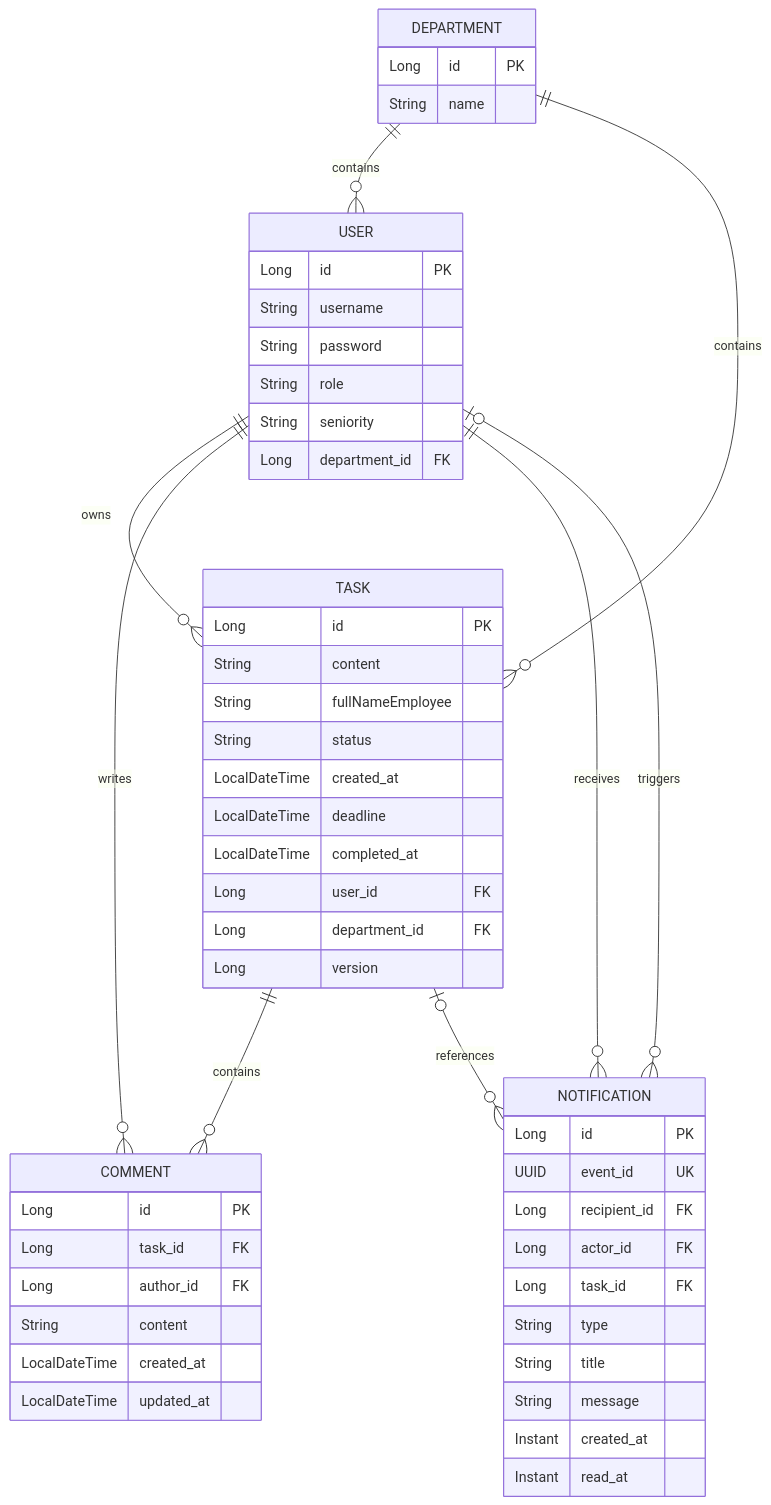
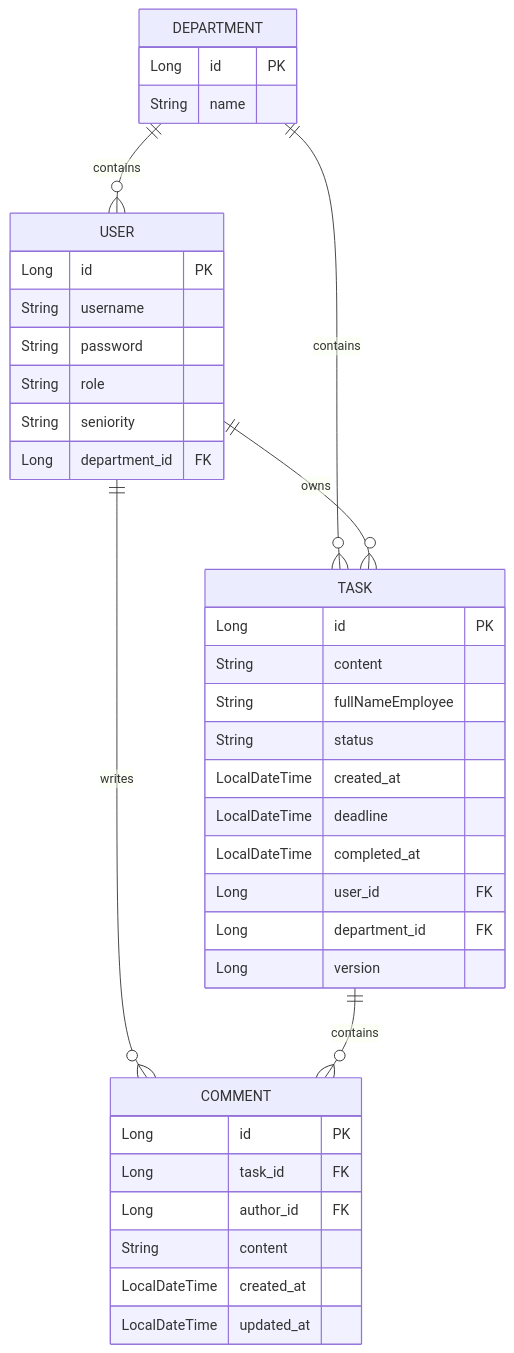
The diagram in README.md (GeTQuer/MySpringProject), drawn with Mermaid before and after one commit. The commit also changed other lines of this file and 39 other files, not shown here.

````diff
--- a/README.md
+++ b/README.md
@@ -86,60 +106,45 @@
 ```mermaid
 erDiagram
     DEPARTMENT ||--o{ USER : contains
     DEPARTMENT ||--o{ TASK : contains
     USER ||--o{ TASK : owns
     USER ||--o{ COMMENT : writes
     TASK ||--o{ COMMENT : contains
-    USER ||--o{ NOTIFICATION : receives
-    USER o|--o{ NOTIFICATION : triggers
-    TASK o|--o{ NOTIFICATION : references
 
     DEPARTMENT {
         Long id PK
         String name
     }
 
     USER {
         Long id PK
         String username
         String password
         String role
         String seniority
         Long department_id FK
     }
 
     TASK {
         Long id PK
         String content
         String fullNameEmployee
         String status
         LocalDateTime created_at
         LocalDateTime deadline
         LocalDateTime completed_at
         Long user_id FK
         Long department_id FK
         Long version
     }
 
     COMMENT {
         Long id PK
         Long task_id FK
         Long author_id FK
         String content
         LocalDateTime created_at
         LocalDateTime updated_at
     }
 
-    NOTIFICATION {
-        Long id PK
-        UUID event_id UK
-        Long recipient_id FK
-        Long actor_id FK
-        Long task_id FK
-        String type
-        String title
-        String message
-        Instant created_at
-        Instant read_at
-    }
 ```
````
